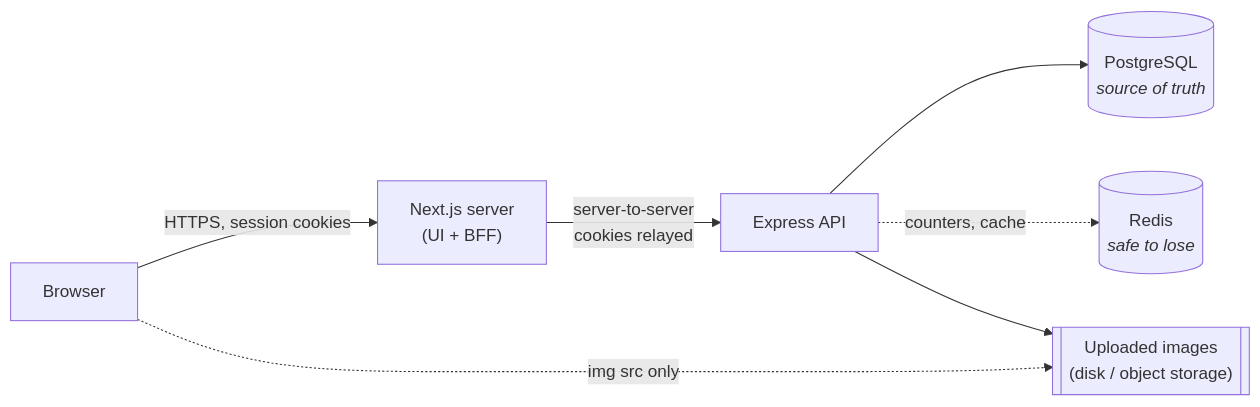
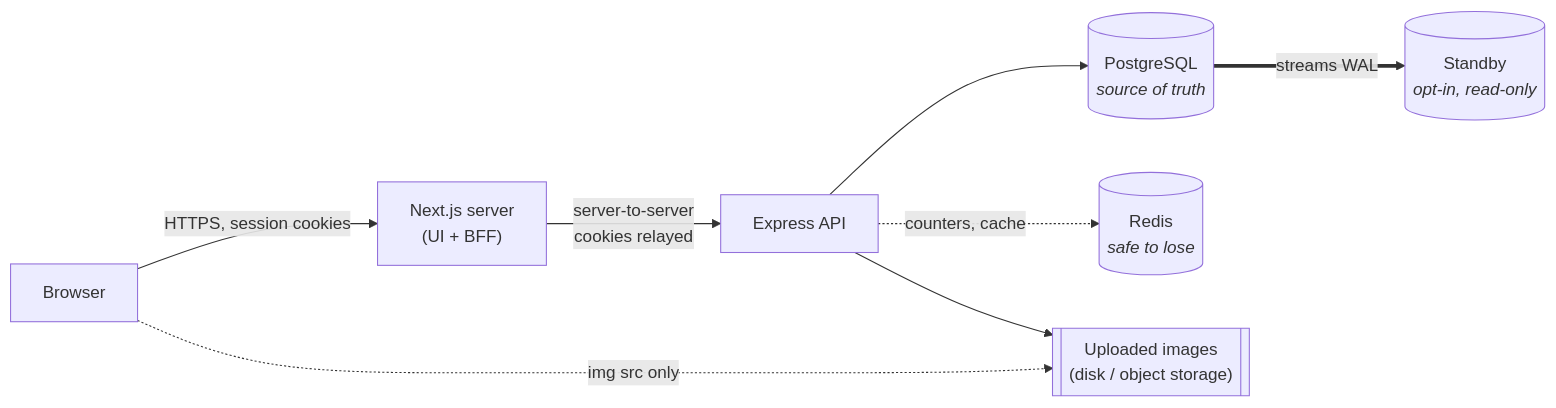
The diagram in docs/architecture/README.md (prefierolasoledad/Kintsugi), drawn with Mermaid before and after one commit. The commit also changed other lines of this file and 7 other files, not shown here.

````diff
--- a/docs/architecture/README.md
+++ b/docs/architecture/README.md
@@ -6,16 +7,18 @@
 ```mermaid
 flowchart LR
     B["Browser"]
     N["Next.js server<br/>(UI + BFF)"]
     E["Express API"]
     P[("PostgreSQL<br/><i>source of truth</i>")]
     R[("Redis<br/><i>safe to lose</i>")]
+    S[("Standby<br/><i>opt-in, read-only</i>")]
     F[["Uploaded images<br/>(disk / object storage)"]]
 
     B -->|HTTPS, session cookies| N
     N -->|"server-to-server<br/>cookies relayed"| E
     E --> P
     E -.->|"counters, cache"| R
     E --> F
     B -.->|"img src only"| F
+    P ==>|"streams WAL"| S
 ```
````
